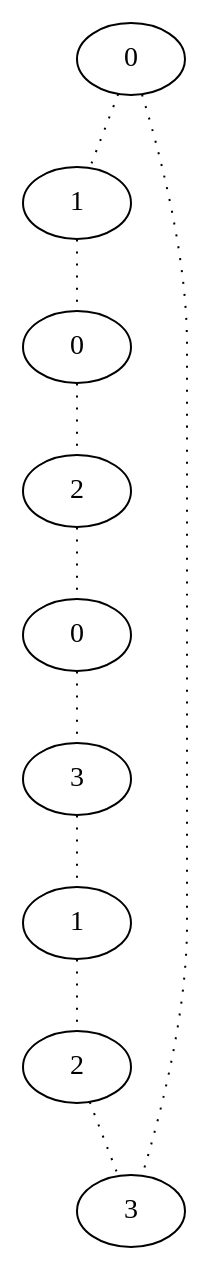
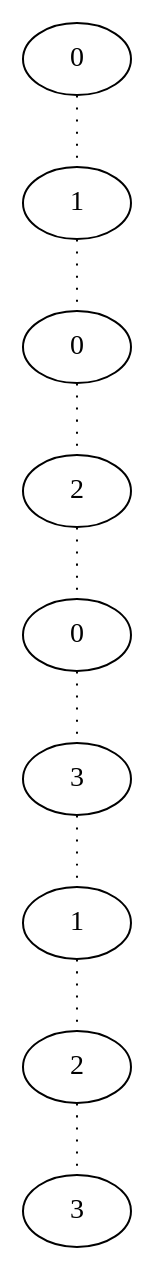
One commit to d1laj/Stage-M2 changed the diagram in TestPathsv1/result/9.dot. Above: the diagram before and after it, drawn with Graphviz. The commit also changed 169 other files, not shown here.

```diff
--- a/TestPathsv1/result/9.dot
+++ b/TestPathsv1/result/9.dot
@@ -1,20 +1,19 @@
 graph {
 a[label=0]
 b[label=1]
 c[label=0]
 d[label=2]
 e[label=0]
 f[label=3]
 g[label=1]
 h[label=2]
 i[label=3]
 a -- b [style=dotted];
 b -- c [style=dotted];
 c -- d [style=dotted];
 d -- e [style=dotted];
 e -- f [style=dotted];
 f -- g [style=dotted];
 g -- h [style=dotted];
 h -- i [style=dotted];
-a -- i [style=dotted];
 }
```
